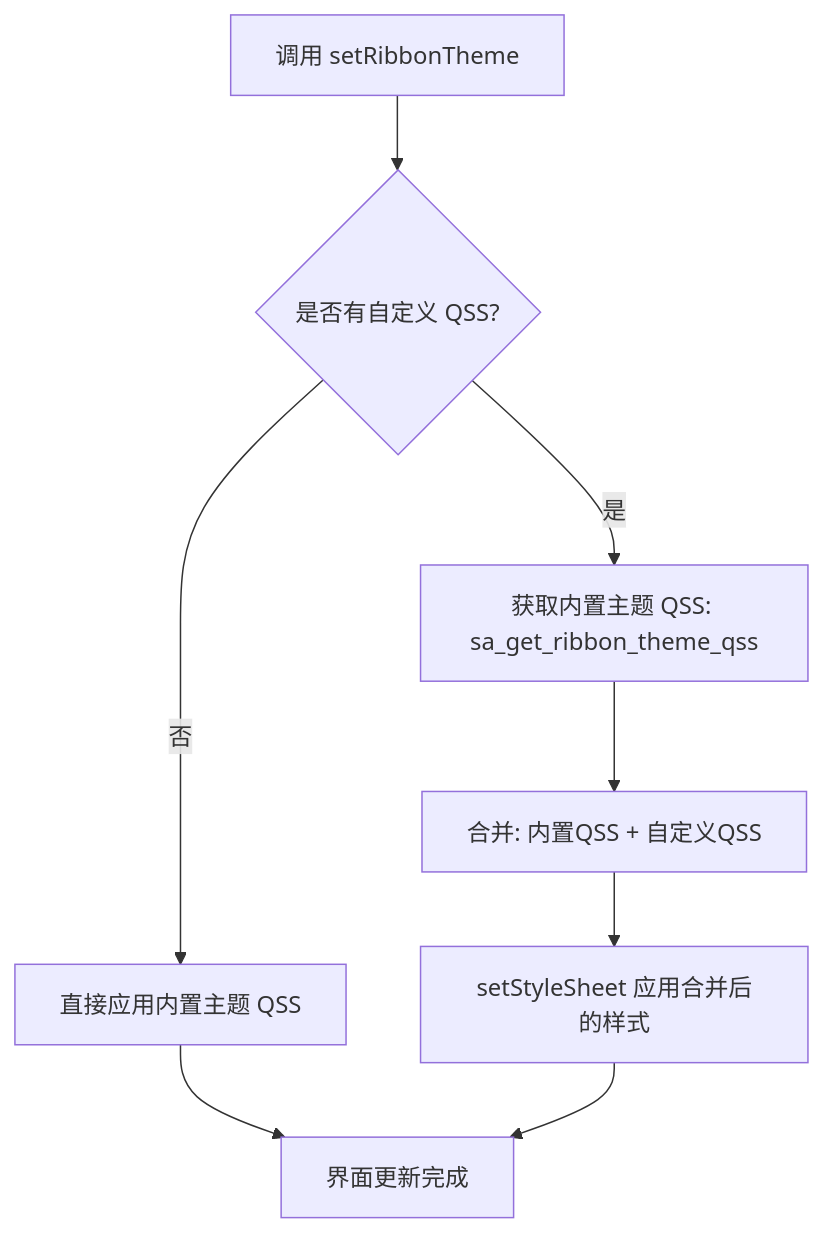
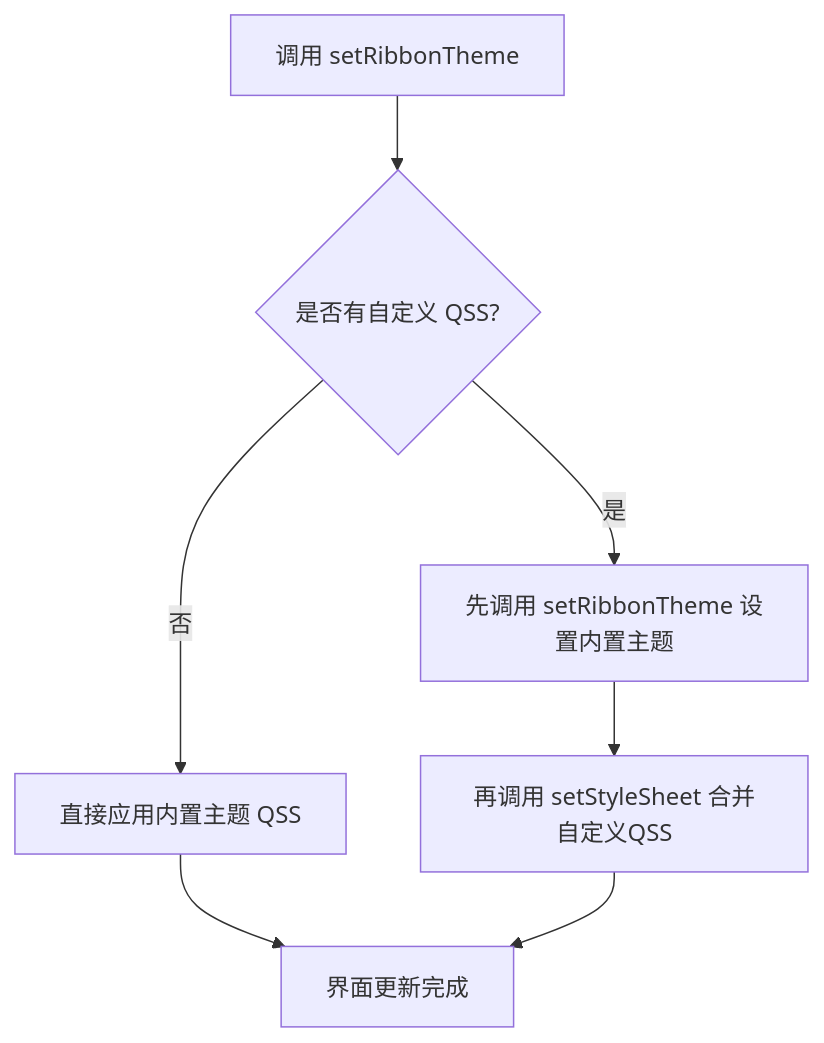
One commit to czyt1988/SARibbon changed the diagram in docs/zh/use-guide/SARibbon-theme.md. Above: the diagram before and after it, drawn with Mermaid. The commit also changed other lines of this file and 172 other files, not shown here.

````diff
--- a/docs/zh/use-guide/SARibbon-theme.md
+++ b/docs/zh/use-guide/SARibbon-theme.md
@@ -10,10 +10,9 @@
 ```mermaid
 flowchart TD
     A[调用 setRibbonTheme] --> B{是否有自定义 QSS?}
     B -->|否| C[直接应用内置主题 QSS]
-    B -->|是| D[获取内置主题 QSS: sa_get_ribbon_theme_qss]
-    D --> E[合并: 内置QSS + 自定义QSS]
-    E --> F[setStyleSheet 应用合并后的样式]
+    B -->|是| D[先调用 setRibbonTheme 设置内置主题]
+    D --> E[再调用 setStyleSheet 合并自定义QSS]
     C --> G[界面更新完成]
-    F --> G
+    E --> G
 ```
````
